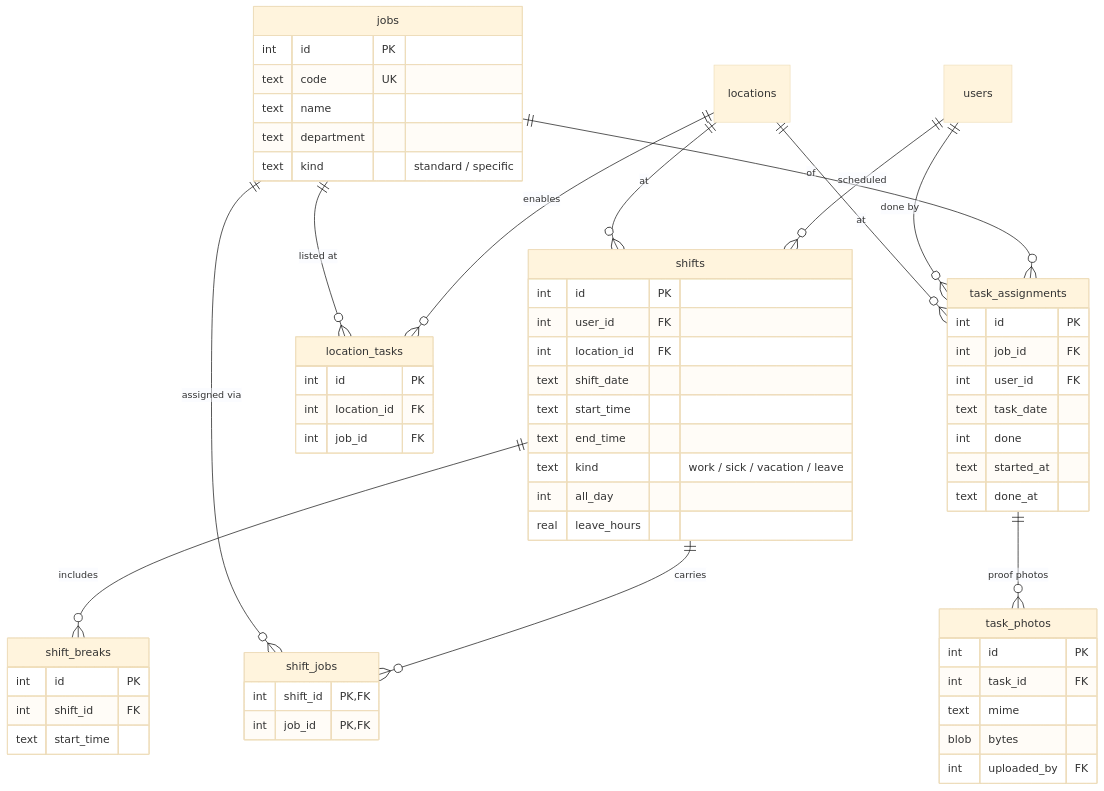
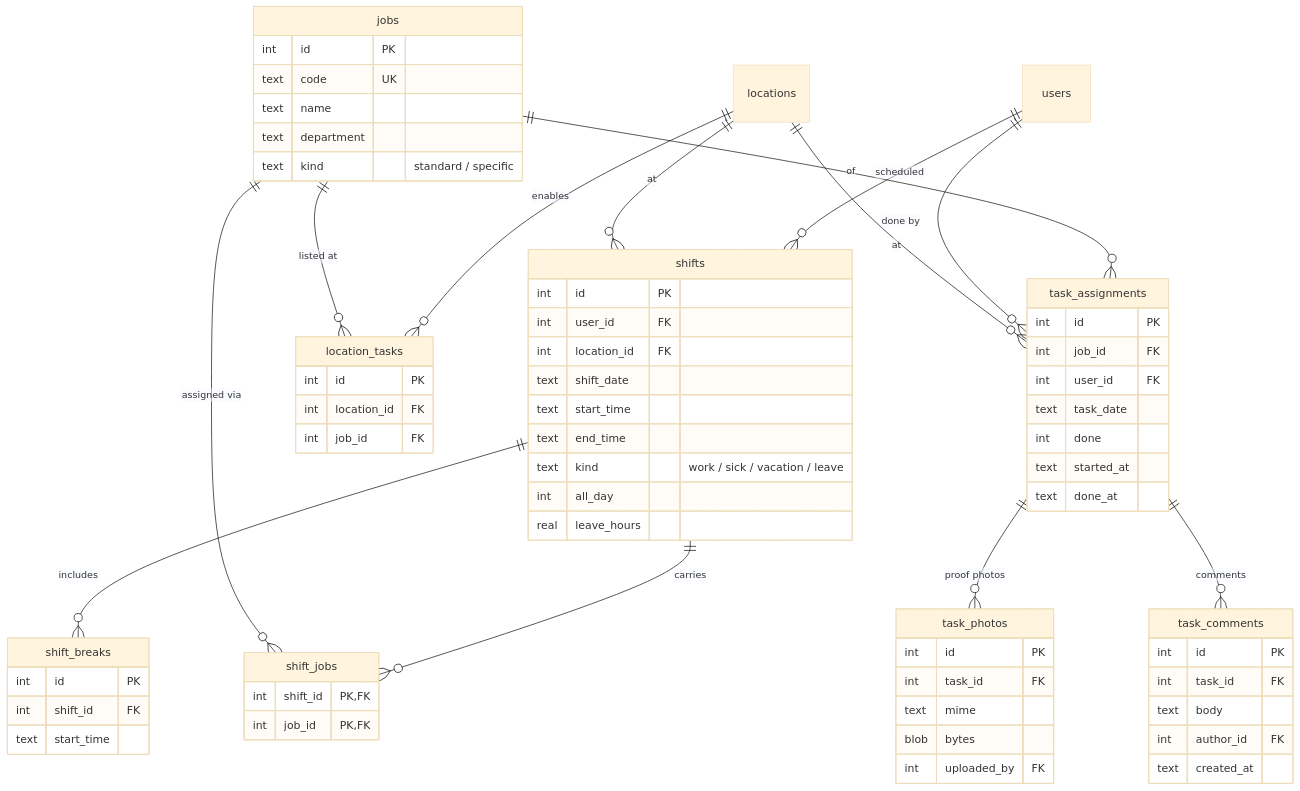
The fourth of 16 diagrams in docs/HANDBOOK.md (nolanle-gmail/pho-ha-noi), drawn with Mermaid (base theme) before and after one commit. The commit also changed other lines of this file and 9 other files, not shown here.

````diff
--- a/docs/HANDBOOK.md
+++ b/docs/HANDBOOK.md
@@ -238,62 +239,70 @@
 ```mermaid
 erDiagram
   users ||--o{ shifts : "scheduled"
   locations ||--o{ shifts : "at"
   shifts ||--o{ shift_jobs : "carries"
   jobs ||--o{ shift_jobs : "assigned via"
   shifts ||--o{ shift_breaks : "includes"
   locations ||--o{ location_tasks : "enables"
   jobs ||--o{ location_tasks : "listed at"
   jobs ||--o{ task_assignments : "of"
   users ||--o{ task_assignments : "done by"
   locations ||--o{ task_assignments : "at"
   task_assignments ||--o{ task_photos : "proof photos"
+  task_assignments ||--o{ task_comments : "comments"
   jobs {
     int id PK
     text code UK
     text name
     text department
     text kind "standard / specific"
   }
   shifts {
     int id PK
     int user_id FK
     int location_id FK
     text shift_date
     text start_time
     text end_time
     text kind "work / sick / vacation / leave"
     int all_day
     real leave_hours
   }
   shift_jobs {
     int shift_id PK,FK
     int job_id PK,FK
   }
   shift_breaks {
     int id PK
     int shift_id FK
     text start_time
   }
   task_assignments {
     int id PK
     int job_id FK
     int user_id FK
     text task_date
     int done
     text started_at
     text done_at
   }
   task_photos {
     int id PK
     int task_id FK
     text mime
     blob bytes
     int uploaded_by FK
   }
+  task_comments {
+    int id PK
+    int task_id FK
+    text body
+    int author_id FK
+    text created_at
+  }
   location_tasks {
     int id PK
     int location_id FK
     int job_id FK
   }
 ```
````
